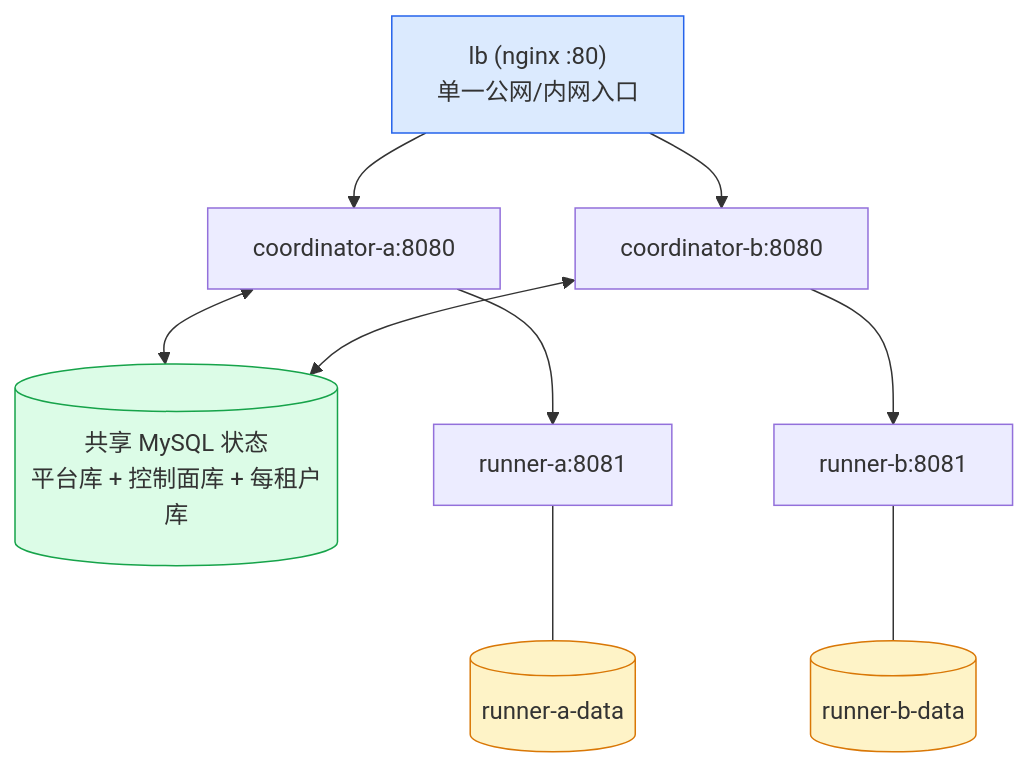
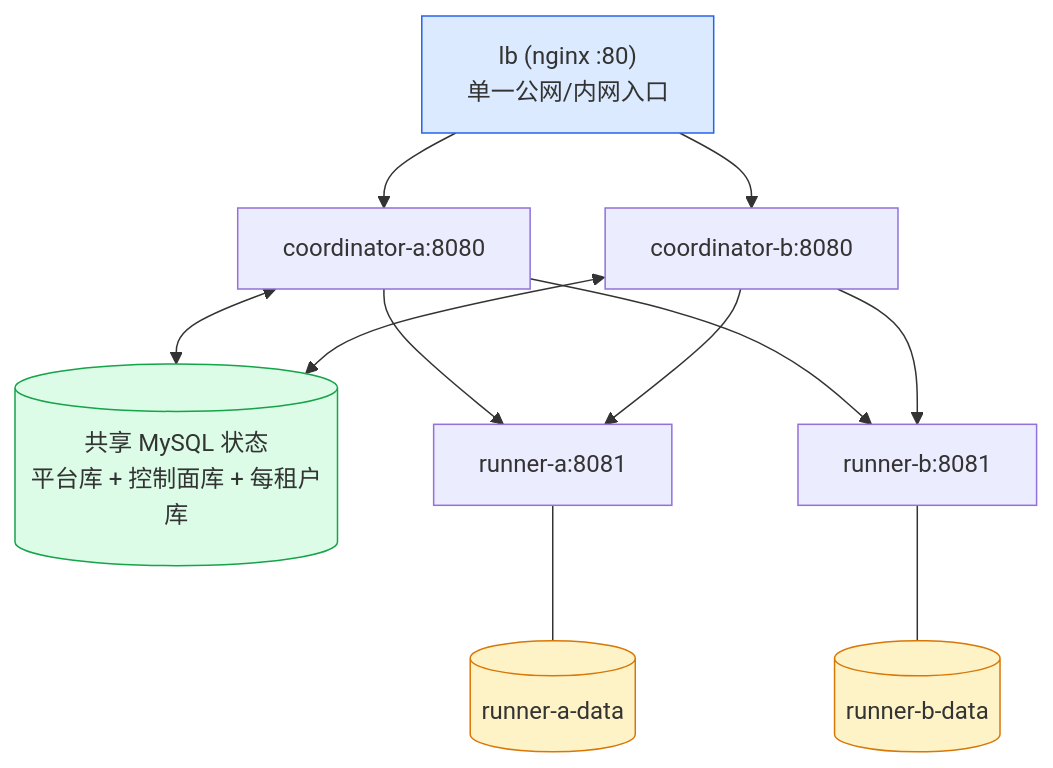
Before and after one commit to themarchrain/sdlc-coordinator: the diagram in deploy/multi-instance/README.md, drawn with Mermaid. The commit also changed other lines of this file and 2 other files, not shown here.

````diff
--- a/deploy/multi-instance/README.md
+++ b/deploy/multi-instance/README.md
@@ -10,32 +10,34 @@
 ```mermaid
 flowchart TB
     LB["lb (nginx :80)<br/>单一公网/内网入口"]
 
     CA["coordinator-a:8080"]
     CB["coordinator-b:8080"]
 
     DB[("共享 MySQL 状态<br/>平台库 + 控制面库 + 每租户库")]
 
     RA["runner-a:8081"]
     RB["runner-b:8081"]
 
     VA[("runner-a-data")]
     VB[("runner-b-data")]
 
     LB --> CA
     LB --> CB
 
     CA <--> DB
     CB <--> DB
 
     CA --> RA
+    CA --> RB
+    CB --> RA
     CB --> RB
 
     RA --- VA
     RB --- VB
 
     style LB fill:#dbeafe,stroke:#2563eb
     style DB fill:#dcfce7,stroke:#16a34a
     style VA fill:#fef3c7,stroke:#d97706
     style VB fill:#fef3c7,stroke:#d97706
 ```
````
